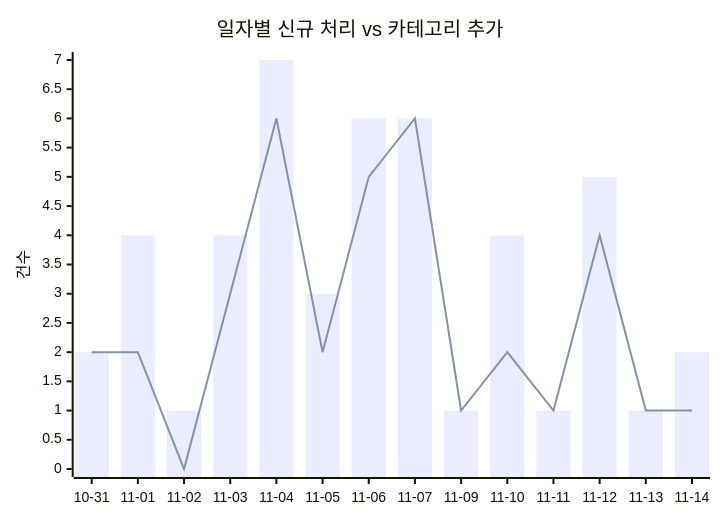
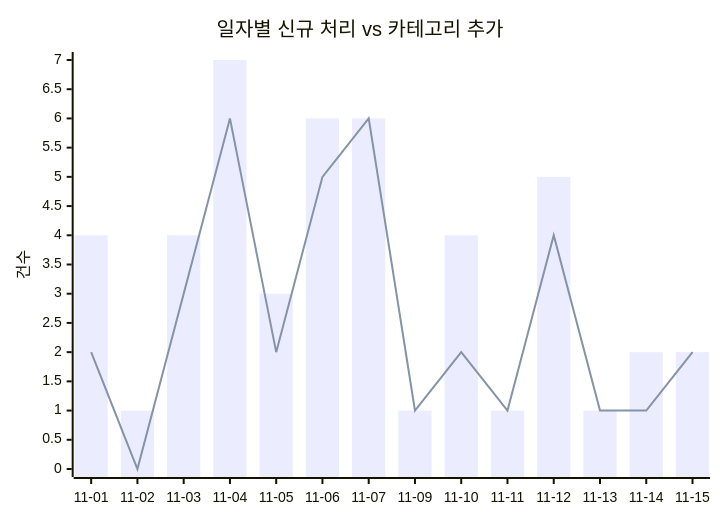
One commit to J-nowcow/awesome-korean-agent-skills changed the first of 2 diagrams in docs/trends.md. Above: the diagram before and after it, drawn with Mermaid. The commit also changed other lines of this file and 5 other files, not shown here.

````diff
--- a/docs/trends.md
+++ b/docs/trends.md
@@ -32,8 +32,8 @@
 ```mermaid
 xychart-beta
     title "일자별 신규 처리 vs 카테고리 추가"
-    x-axis ["10-31","11-01","11-02","11-03","11-04","11-05","11-06","11-07","11-09","11-10","11-11","11-12","11-13","11-14"]
+    x-axis ["11-01","11-02","11-03","11-04","11-05","11-06","11-07","11-09","11-10","11-11","11-12","11-13","11-14","11-15"]
     y-axis "건수"
-    bar [2,4,1,4,7,3,6,6,1,4,1,5,1,2]
-    line [2,2,0,3,6,2,5,6,1,2,1,4,1,1]
+    bar [4,1,4,7,3,6,6,1,4,1,5,1,2,2]
+    line [2,0,3,6,2,5,6,1,2,1,4,1,1,2]
 ```
````
